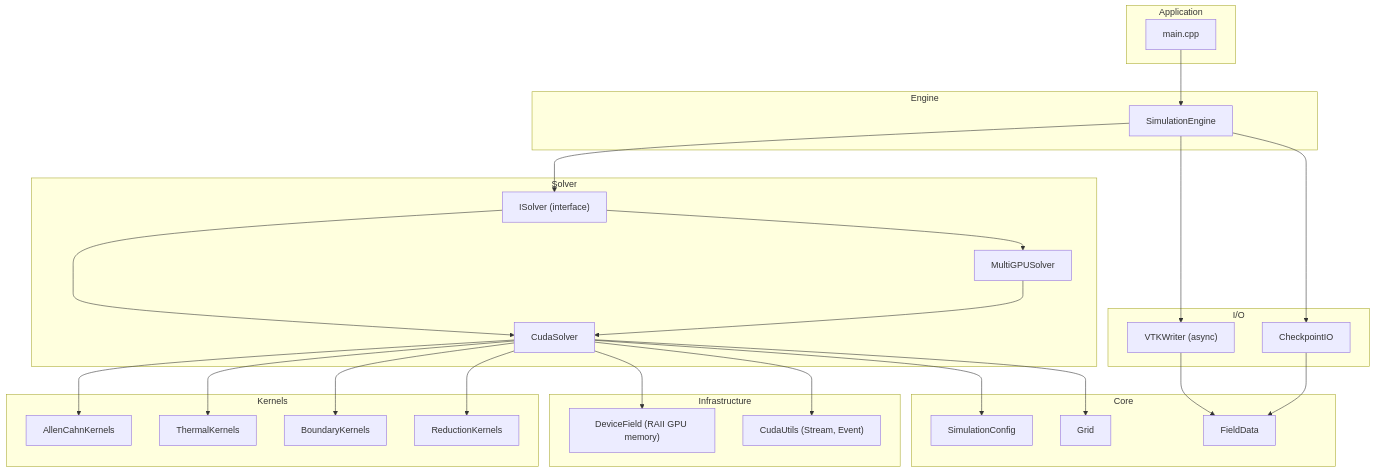
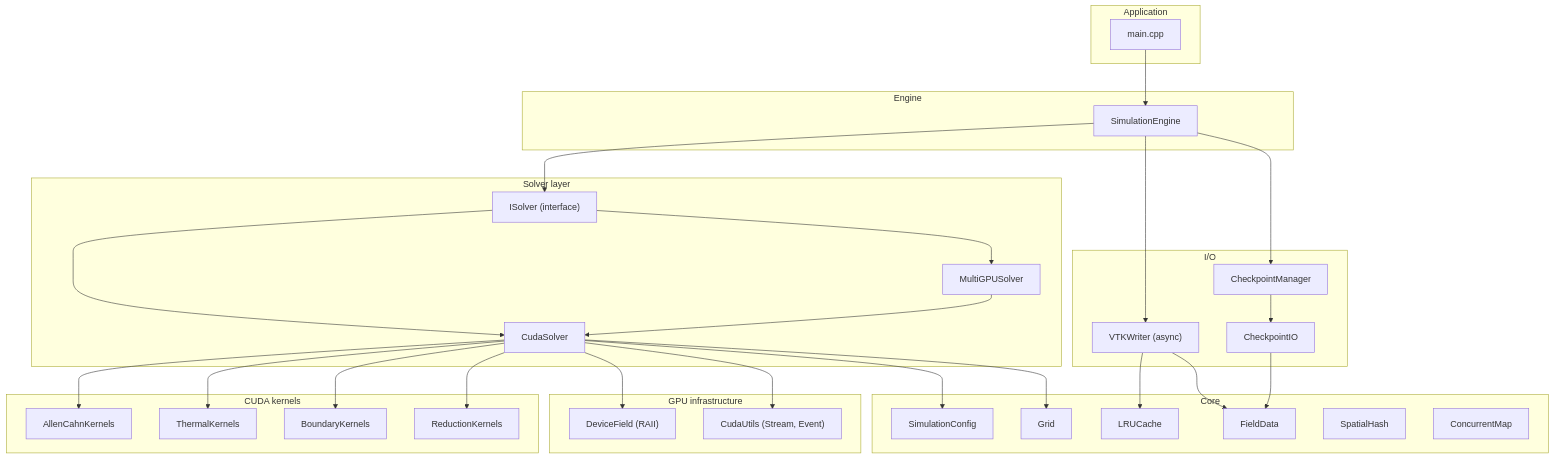
Before and after one commit to myousefi2016/Allen-Cahn-CUDA: the first of 9 diagrams in docs/ARCHITECTURE.md, drawn with Mermaid. The commit also changed other lines of this file and 3 other files, not shown here.

First line of the commit message:
Documentation: rewrite README, ARCHITECTURE, DESIGN, THEORY for full code parity

````diff
--- a/docs/ARCHITECTURE.md
+++ b/docs/ARCHITECTURE.md
@@ -9,51 +19,57 @@
 ```mermaid
 graph TB
-    subgraph "Application"
+    subgraph App["Application"]
         Main["main.cpp"]
     end
-
-    subgraph "Engine"
+    subgraph Engine["Engine"]
         SE["SimulationEngine"]
     end
-
-    subgraph "Solver"
+    subgraph Solver["Solver layer"]
         IS["ISolver (interface)"]
         CS["CudaSolver"]
         MG["MultiGPUSolver"]
     end
-
-    subgraph "Kernels"
+    subgraph Kernels["CUDA kernels"]
         ACK["AllenCahnKernels"]
         TK["ThermalKernels"]
         BK["BoundaryKernels"]
         RK["ReductionKernels"]
     end
-
-    subgraph "Infrastructure"
-        DF["DeviceField (RAII GPU memory)"]
+    subgraph Infra["GPU infrastructure"]
+        DF["DeviceField (RAII)"]
         CU["CudaUtils (Stream, Event)"]
     end
-
-    subgraph "I/O"
+    subgraph IO["I/O"]
         VW["VTKWriter (async)"]
-        CP["CheckpointIO"]
+        CIO["CheckpointIO"]
+        CM["CheckpointManager"]
     end
-
-    subgraph "Core"
+    subgraph Core["Core"]
         SC["SimulationConfig"]
         GR["Grid"]
         FD["FieldData"]
+        LRU["LRUCache"]
+        SH["SpatialHash"]
+        CMap["ConcurrentMap"]
     end
 
     Main --> SE
     SE --> IS
     IS --> CS
     IS --> MG
     MG --> CS
-    CS --> ACK & TK & BK & RK
-    CS --> DF & CU
-    SE --> VW & CP
+    CS --> ACK
+    CS --> TK
+    CS --> BK
+    CS --> RK
+    CS --> DF
+    CS --> CU
+    SE --> VW
+    SE --> CM
+    CM --> CIO
+    VW --> LRU
     VW --> FD
-    CP --> FD
-    CS --> SC & GR
+    CIO --> FD
+    CS --> SC
+    CS --> GR
 ```
````
